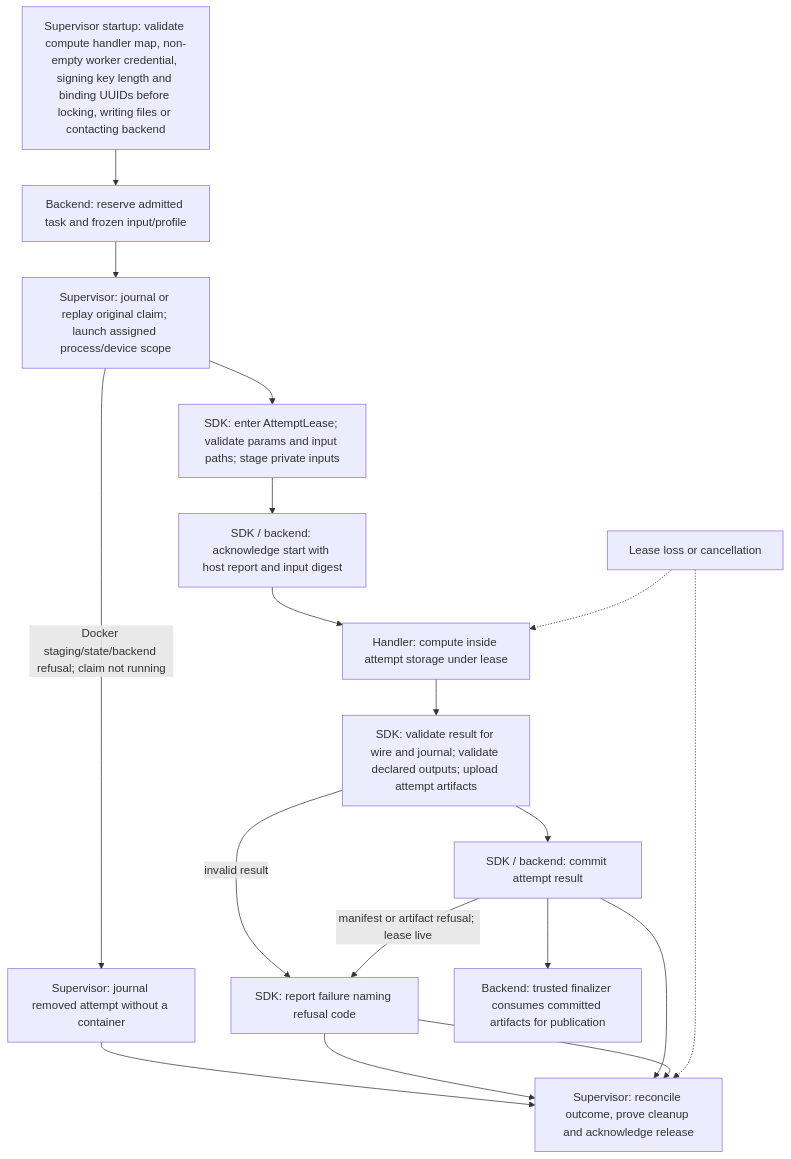
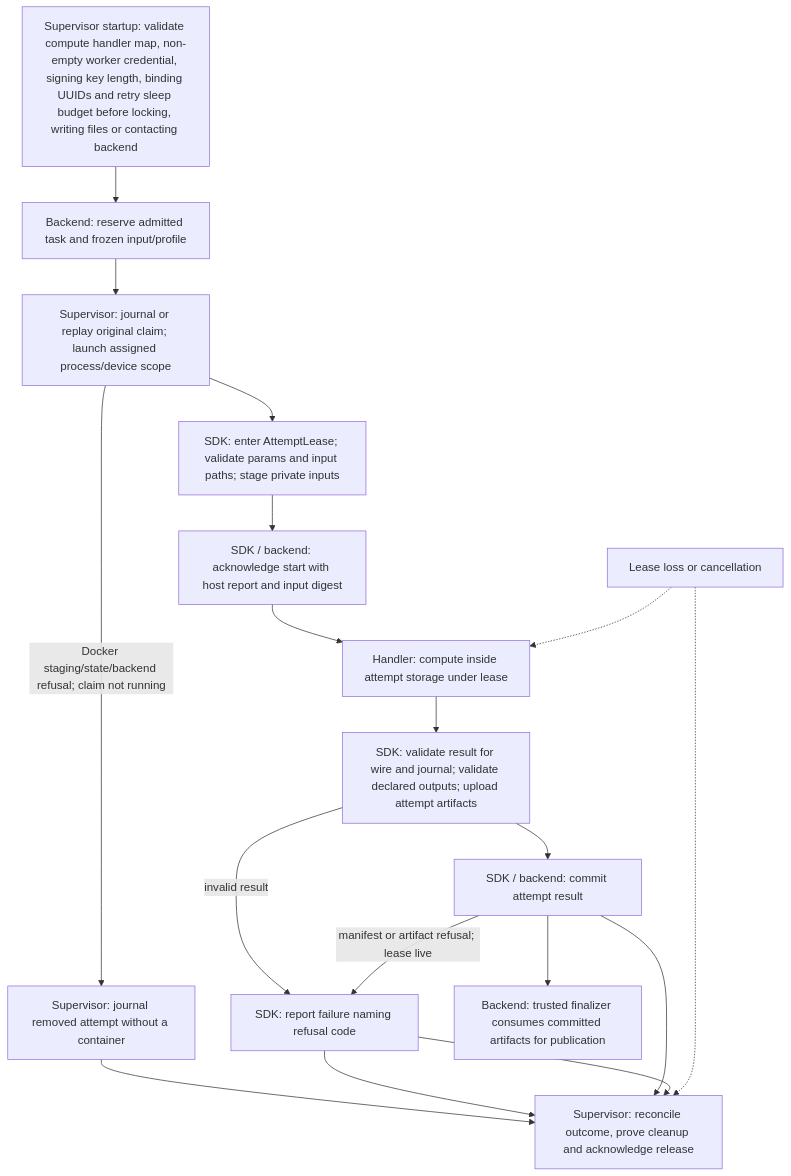
Before and after one commit to SyngularXR/task-worker-api: the second of 2 diagrams in docs/fleet/workflow-standard.md, drawn with Mermaid. The commit also changed other lines of this file and 2 other files, not shown here.

Commit message:
fix: validate supervisor retry budget before writing state (#209)

````diff
--- a/docs/fleet/workflow-standard.md
+++ b/docs/fleet/workflow-standard.md
@@ -101,20 +101,20 @@
 ```mermaid
 flowchart TD
-    config["Supervisor startup: validate compute handler map, non-empty worker credential, signing key length and binding UUIDs before locking, writing files or contacting backend"] --> backend["Backend: reserve admitted task and frozen input/profile"]
+    config["Supervisor startup: validate compute handler map, non-empty worker credential, signing key length, binding UUIDs and retry sleep budget before locking, writing files or contacting backend"] --> backend["Backend: reserve admitted task and frozen input/profile"]
     backend --> supervisor["Supervisor: journal or replay original claim; launch assigned process/device scope"]
     supervisor --> stage["SDK: enter AttemptLease; validate params and input paths; stage private inputs"]
     supervisor -->|Docker staging/state/backend refusal; claim not running| refused["Supervisor: journal removed attempt without a container"]
     refused --> reconcile
     stage --> start["SDK / backend: acknowledge start with host report and input digest"]
     start --> handler["Handler: compute inside attempt storage under lease"]
     handler --> outputs["SDK: validate result for wire and journal; validate declared outputs; upload attempt artifacts"]
     outputs --> commit["SDK / backend: commit attempt result"]
     outputs -->|invalid result| failure["SDK: report failure while started attempt lease is live"]
     failure --> reconcile
     commit --> reconcile["Supervisor: reconcile outcome, prove cleanup and acknowledge release"]
     commit -->|manifest or artifact refusal; lease live| failure["SDK: report failure naming refusal code"]
     failure --> reconcile
     commit --> finalizer["Backend: trusted finalizer consumes committed artifacts for publication"]
     cancel["Lease loss or cancellation"] -.-> handler
     cancel -.-> reconcile
 ```
````
